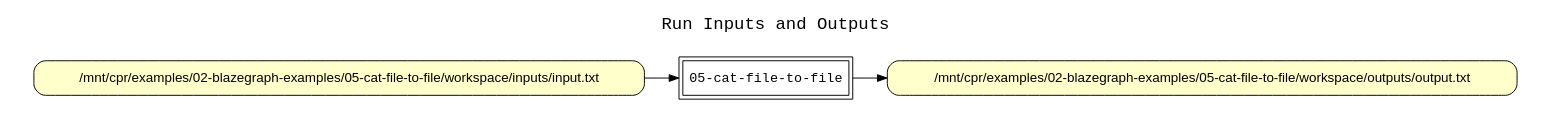
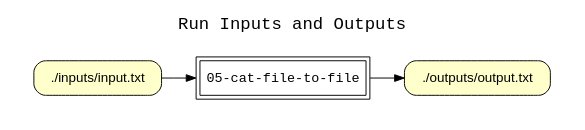
The diagram in examples/02-blazegraph-examples/05-cat-file-to-file/run/graph-1.gv (CIRSS/cpr), drawn with Graphviz before and after one commit. The commit also changed 29 other files, not shown here.

```diff
--- a/examples/02-blazegraph-examples/05-cat-file-to-file/run/graph-1.gv
+++ b/examples/02-blazegraph-examples/05-cat-file-to-file/run/graph-1.gv
@@ -1,34 +1,30 @@
 
 digraph cpr_run {
 rankdir=LR
 fontname=Courier; fontsize=18; labelloc=t
 label="Run Inputs and Outputs"
 
 node[shape=box style="filled" fillcolor="#FFFFFF" peripheries=2 fontname=Courier]
 "run" [label="05-cat-file-to-file"]
 
+node[shape=box style="rounded,filled" fillcolor="#FFFFCC" peripheries=1 fontname=Helvetica]
+
+# input file nodes
 subgraph cluster_input_files { label=""; color=white; penwidth=0
 subgraph cluster_input_files_inner { label=""; color=white
-node[shape=box style="rounded,filled" fillcolor="#FFFFCC" peripheries=1 fontname=Helvetica]
-
-"/mnt/cpr/examples/02-blazegraph-examples/05-cat-file-to-file/workspace/inputs/input.txt" [label="/mnt/cpr/examples/02-blazegraph-examples/05-cat-file-to-file/workspace/inputs/input.txt"]
-
+"./inputs/input.txt" [label="./inputs/input.txt"]
 }}
 
-
-"/mnt/cpr/examples/02-blazegraph-examples/05-cat-file-to-file/workspace/inputs/input.txt" -> "run"
-
-
+# output file nodes
 subgraph cluster_output_files { label=""; color=white; penwidth=0
 subgraph cluster_output_files_inner { label=""; color=white
-node[shape=box style="rounded,filled" fillcolor="#FFFFCC" peripheries=1 fontname=Helvetica]
-
-"/mnt/cpr/examples/02-blazegraph-examples/05-cat-file-to-file/workspace/outputs/output.txt" [label="/mnt/cpr/examples/02-blazegraph-examples/05-cat-file-to-file/workspace/outputs/output.txt"]
-
+"./outputs/output.txt" [label="./outputs/output.txt"]
 }}
 
+# input file edges
+"./inputs/input.txt" -> "run"
 
-"run" -> "/mnt/cpr/examples/02-blazegraph-examples/05-cat-file-to-file/workspace/outputs/output.txt"
-
+# output file edges
+"run" -> "./outputs/output.txt"
 
 }
```
